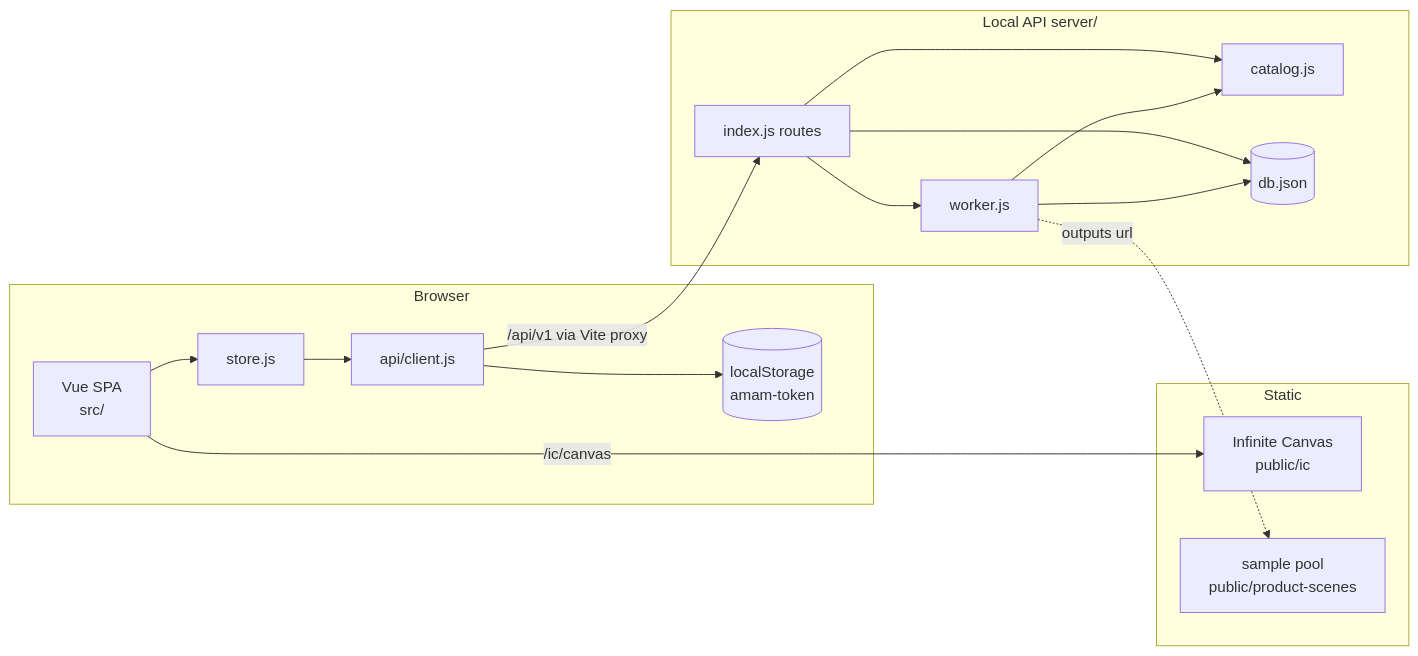
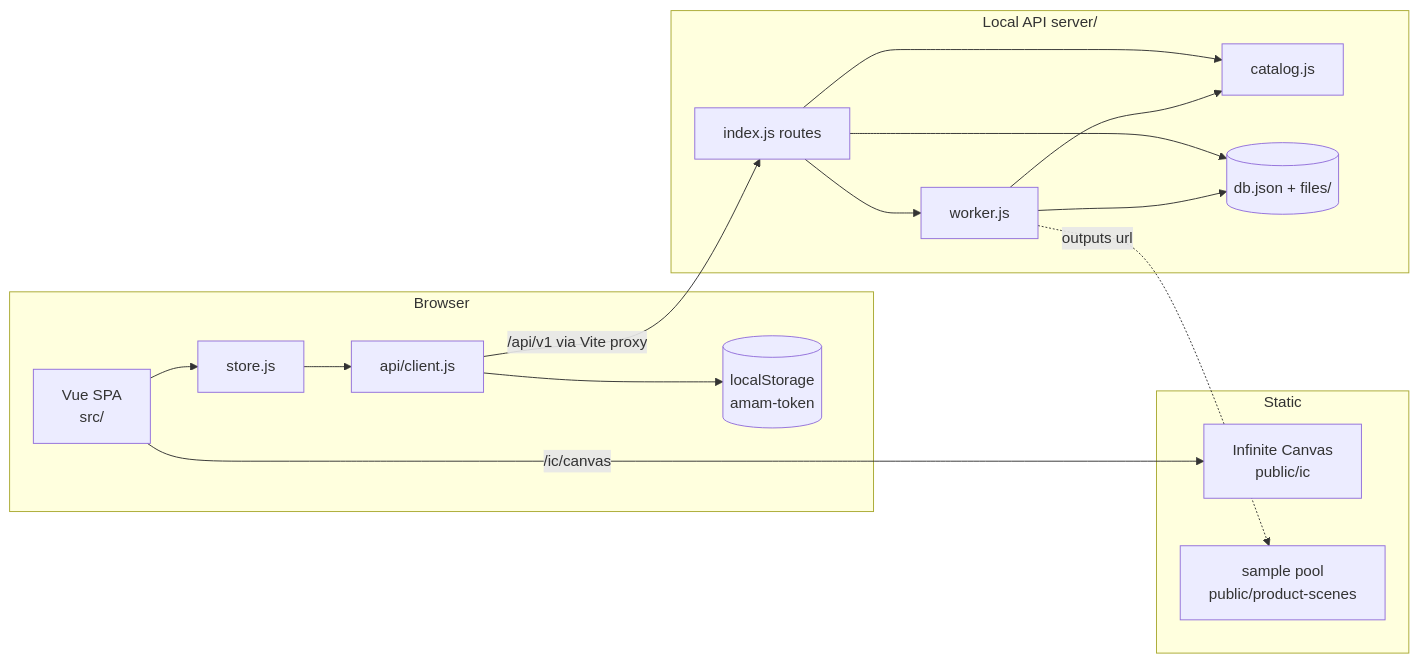
One commit to xxl0915/monkeycode_amam changed the first of 3 diagrams in .monkeycode/docs/ARCHITECTURE.md. Above: the diagram before and after it, drawn with Mermaid. The commit also changed other lines of this file and 15 other files, not shown here.

````diff
--- a/.monkeycode/docs/ARCHITECTURE.md
+++ b/.monkeycode/docs/ARCHITECTURE.md
@@ -141,33 +144,33 @@
 ```mermaid
 flowchart LR
     subgraph Browser
         UI["Vue SPA<br/>src/"]
         Store["store.js"]
         Client["api/client.js"]
         LS[("localStorage<br/>amam-token")]
     end
 
     subgraph Static
         IC["Infinite Canvas<br/>public/ic"]
         Samples["sample pool<br/>public/product-scenes"]
     end
 
     subgraph Server["Local API server/"]
         Routes["index.js routes"]
         Catalog["catalog.js"]
-        DB[("db.json")]
+        DB[("db.json + files/")]
         Worker["worker.js"]
     end
 
     UI --> Store
     Store --> Client
     Client --> LS
     Client -->|"/api/v1 via Vite proxy"| Routes
     Routes --> Catalog
     Routes --> DB
     Routes --> Worker
     Worker --> Catalog
     Worker --> DB
     UI -->|"/ic/canvas"| IC
     Worker -.->|outputs url| Samples
 ```
````
